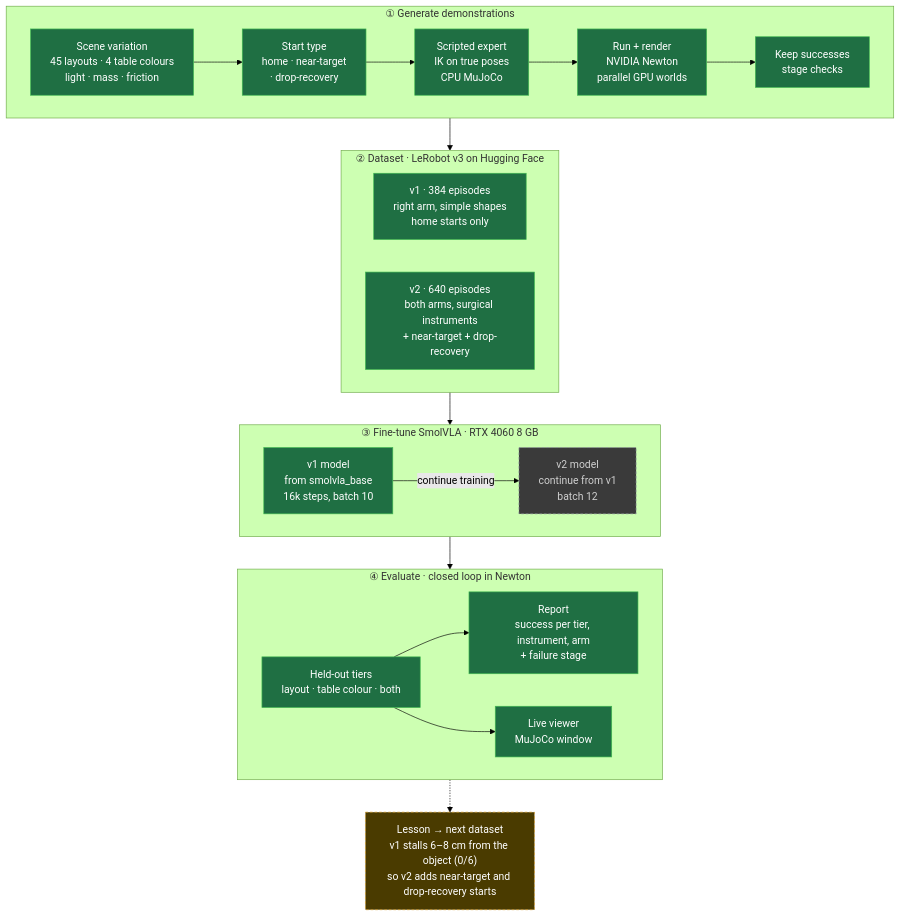
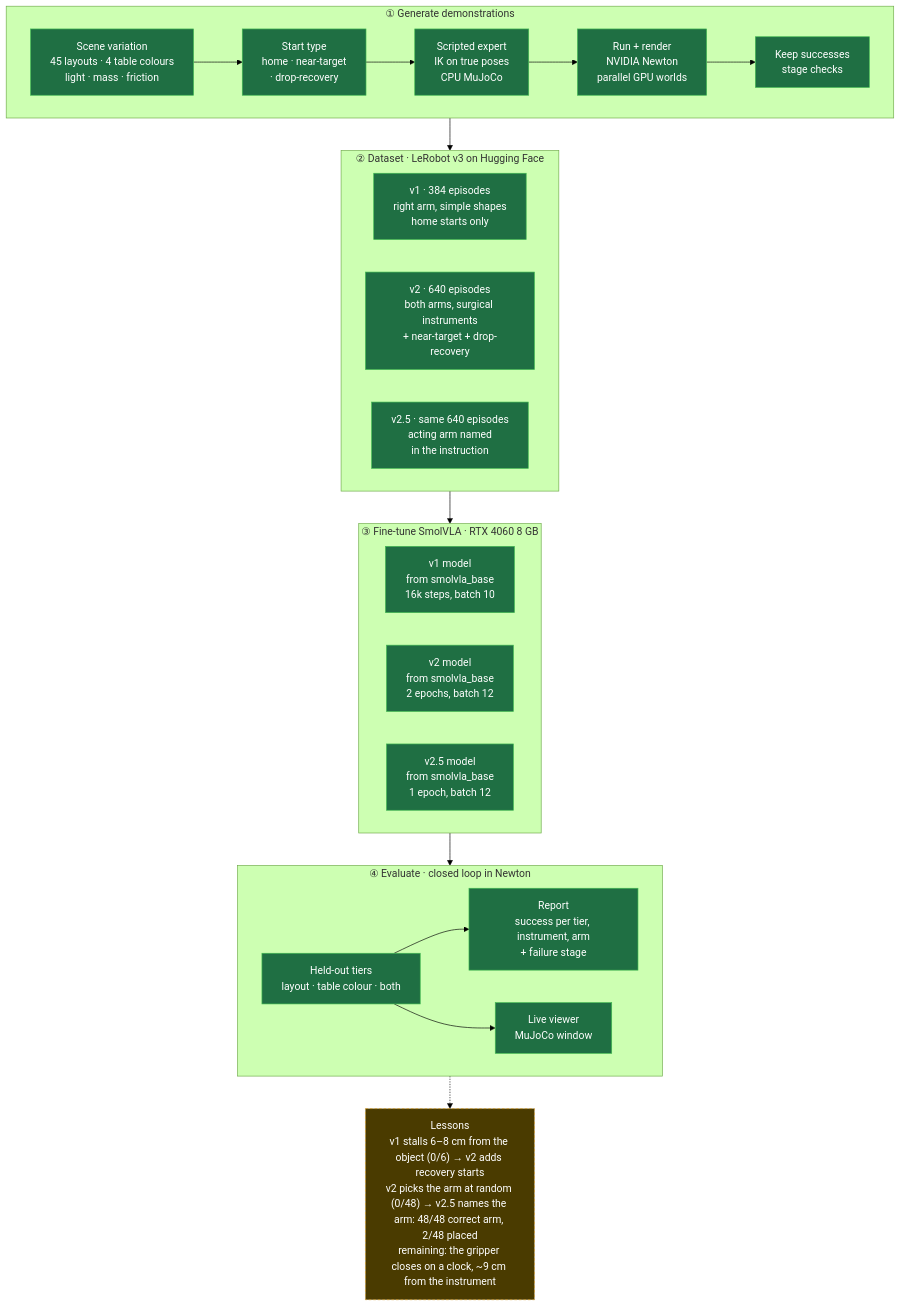
Before and after one commit to aravinds1610/mujoco_cathlab_vla: the diagram in README.md, drawn with Mermaid (forest theme). The commit also changed other lines of this file and 14 other files, not shown here.

````diff
--- a/README.md
+++ b/README.md
@@ -5,40 +5,40 @@
 ```mermaid
 flowchart TB
     subgraph GEN["① Generate demonstrations"]
         direction LR
         S["Scene variation<br/>45 layouts · 4 table colours<br/>light · mass · friction"]
         ST["Start type<br/>home · near-target<br/>· drop-recovery"]
         E["Scripted expert<br/>IK on true poses<br/>CPU MuJoCo"]
         P["Run + render<br/>NVIDIA Newton<br/>parallel GPU worlds"]
         K["Keep successes<br/>stage checks"]
         S --> ST --> E --> P --> K
     end
     subgraph DATA["② Dataset · LeRobot v3 on Hugging Face"]
         direction LR
         D1["v1 · 384 episodes<br/>right arm, simple shapes<br/>home starts only"]
         D2["v2 · 640 episodes<br/>both arms, surgical instruments<br/>+ near-target + drop-recovery"]
+        D3["v2.5 · same 640 episodes<br/>acting arm named<br/>in the instruction"]
     end
     subgraph TRAIN["③ Fine-tune SmolVLA · RTX 4060 8 GB"]
         direction LR
         T1["v1 model<br/>from smolvla_base<br/>16k steps, batch 10"]
-        T2["v2 model<br/>continue from v1<br/>batch 12"]
+        T2["v2 model<br/>from smolvla_base<br/>2 epochs, batch 12"]
+        T3["v2.5 model<br/>from smolvla_base<br/>1 epoch, batch 12"]
     end
     subgraph EVAL["④ Evaluate · closed loop in Newton"]
         direction LR
         V["Held-out tiers<br/>layout · table colour · both"]
         R["Report<br/>success per tier, instrument, arm<br/>+ failure stage"]
         W["Live viewer<br/>MuJoCo window"]
         V --> R
         V --> W
     end
-    T1 -- "continue training" --> T2
     GEN --> DATA --> TRAIN --> EVAL
-    EVAL -.-> L["Lesson → next dataset<br/>v1 stalls 6–8 cm from the object (0/6)<br/>so v2 adds near-target and drop-recovery starts"]
+    EVAL -.-> L["Lessons<br/>v1 stalls 6–8 cm from the object (0/6) → v2 adds recovery starts<br/>v2 picks the arm at random (0/48) → v2.5 names the arm: 48/48 correct arm, 2/48 placed<br/>remaining: the gripper closes on a clock, ~9 cm from the instrument"]
 
     classDef done fill:#1f6f43,stroke:#3fb950,color:#ffffff
     classDef note fill:#4a3b00,stroke:#d29922,color:#ffffff,stroke-dasharray:4 3
     class L note
     classDef todo fill:#3a3a3a,stroke:#8b949e,color:#d0d0d0,stroke-dasharray:4 3
-    class S,ST,E,P,K,D1,D2,T1,V,R,W done
-    class T2 todo
+    class S,ST,E,P,K,D1,D2,D3,T1,T2,T3,V,R,W done
 ```
````
